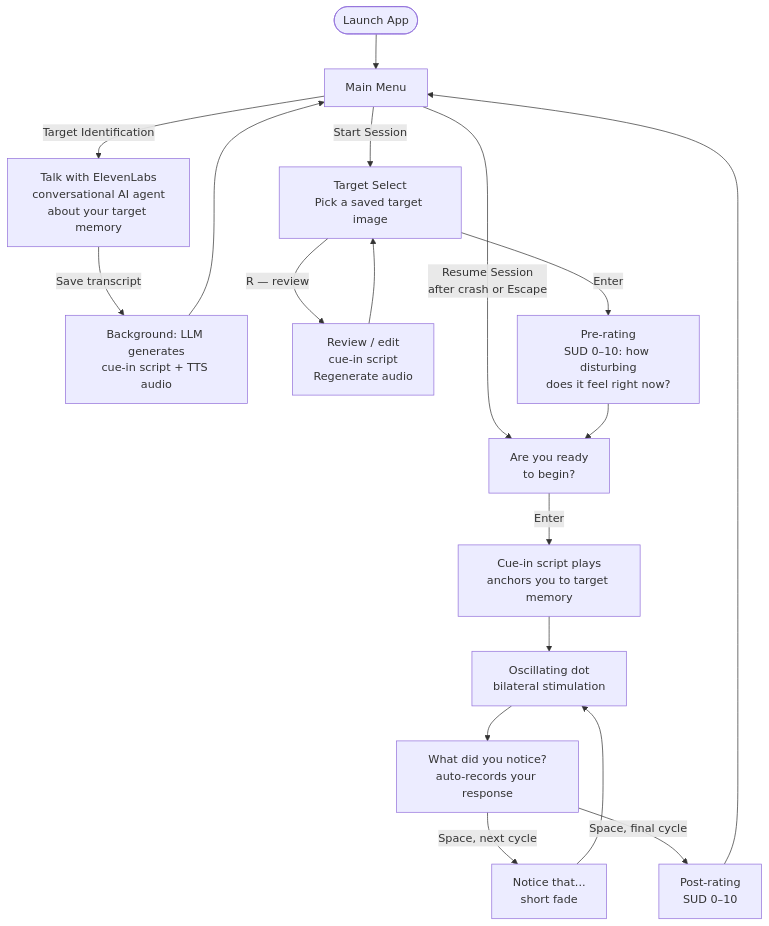
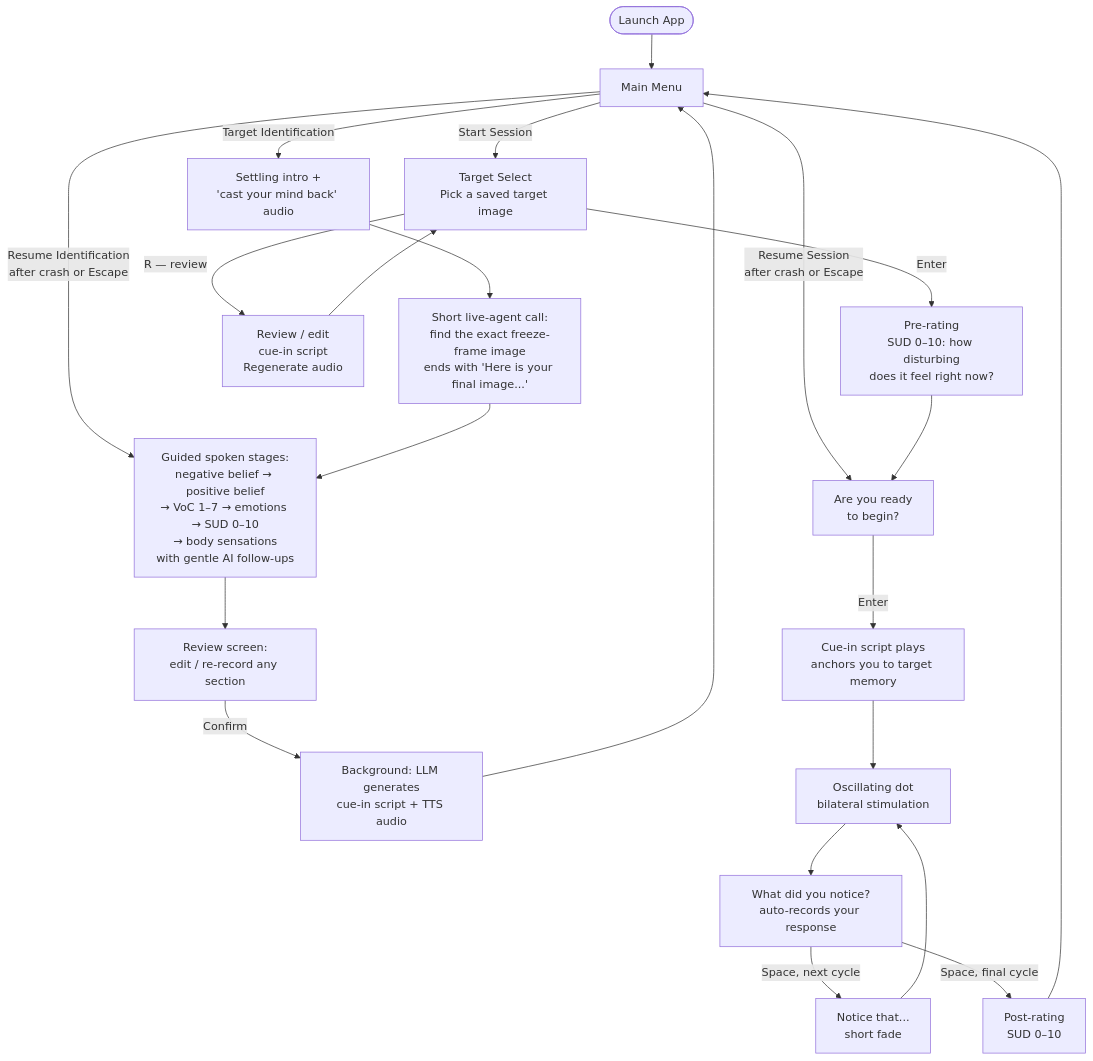
Before and after one commit to soleil6626070/EMDR3: the first of 2 diagrams in README.md, drawn with Mermaid. The commit also changed other lines of this file and 1 other file, not shown here.

First line of the commit message:
Update CLAUDE.md and README for the identification rebuild

````diff
--- a/README.md
+++ b/README.md
@@ -9,24 +9,29 @@
 ```mermaid
 flowchart TD
     Start([Launch App]) --> Menu[Main Menu]
 
     Menu -->|Resume Session\nafter crash or Escape| Confirm
 
-    Menu -->|Target Identification| TII[Talk with ElevenLabs\nconversational AI agent\nabout your target memory]
-    TII -->|Save transcript| BG[Background: LLM generates\ncue-in script + TTS audio]
+    Menu -->|Resume Identification\nafter crash or Escape| NC
+
+    Menu -->|Target Identification| Prel[Settling intro +\n'cast your mind back' audio]
+    Prel --> TII[Short live-agent call:\nfind the exact freeze-frame image\nends with 'Here is your final image...']
+    TII --> NC[Guided spoken stages:\nnegative belief → positive belief\n→ VoC 1–7 → emotions → SUD 0–10\n→ body sensations\nwith gentle AI follow-ups]
+    NC --> Rev[Review screen:\nedit / re-record any section]
+    Rev -->|Confirm| BG[Background: LLM generates\ncue-in script + TTS audio]
     BG --> Menu
 
     Menu -->|Start Session| TS[Target Select\nPick a saved target image]
     TS -->|R — review| Review[Review / edit\ncue-in script\nRegenerate audio]
     Review --> TS
 
     TS -->|Enter| PreR[Pre-rating\nSUD 0–10: how disturbing\ndoes it feel right now?]
     PreR --> Confirm[Are you ready\nto begin?]
     Confirm -->|Enter| CueIn[Cue-in script plays\nanchors you to target memory]
     CueIn --> Osc[Oscillating dot\nbilateral stimulation]
     Osc --> WDN[What did you notice?\nauto-records your response]
     WDN -->|Space, next cycle| NT[Notice that...\nshort fade]
     NT --> Osc
     WDN -->|Space, final cycle| PostR[Post-rating\nSUD 0–10]
     PostR --> Menu
 ```
````
